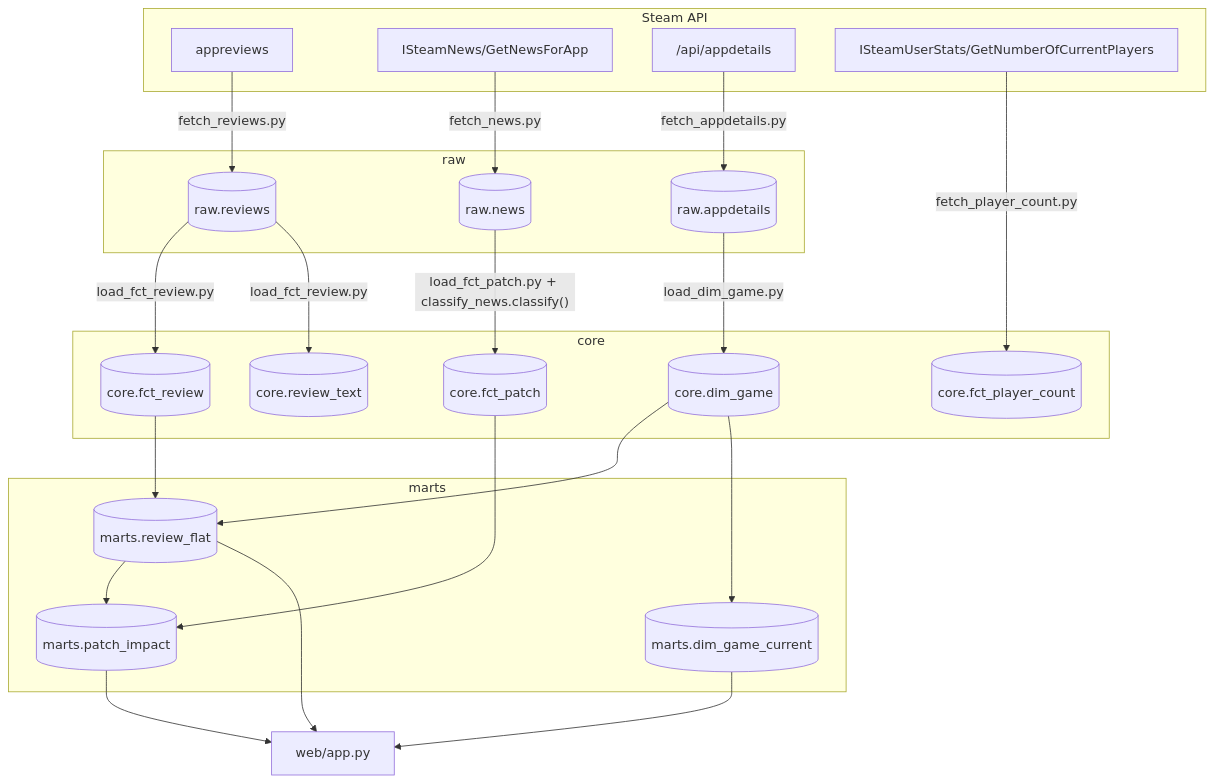
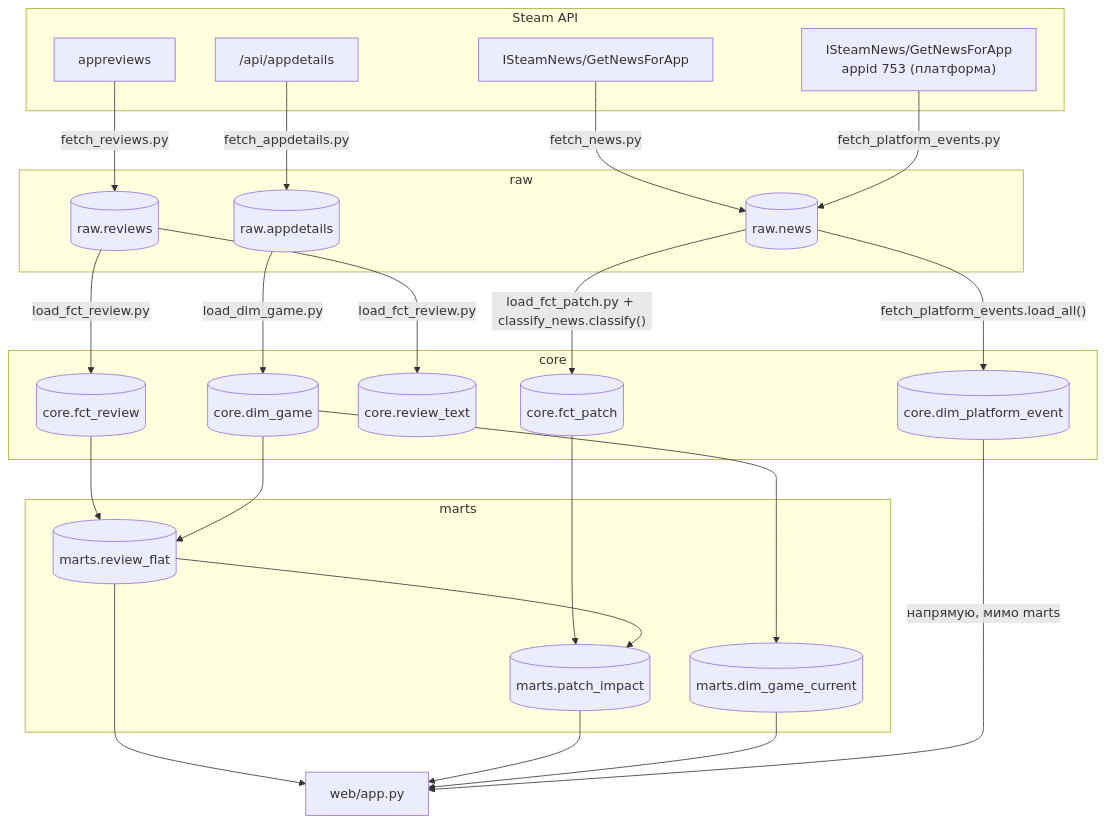
One commit to lebedev-ay/steam-health changed the diagram in docs/model.md. Above: the diagram before and after it, drawn with Mermaid. The commit also changed other lines of this file and 13 other files, not shown here.

Commit message:
feat: platform events, adaptive event density, breakpoint list; remove language anomaly detection

````diff
--- a/docs/model.md
+++ b/docs/model.md
@@ -12,51 +12,53 @@
 ```mermaid
 flowchart TD
     subgraph steam["Steam API"]
         API_REV["appreviews"]
         API_NEWS["ISteamNews/GetNewsForApp"]
         API_DET["/api/appdetails"]
-        API_CNT["ISteamUserStats/GetNumberOfCurrentPlayers"]
+        API_PLAT["ISteamNews/GetNewsForApp<br>appid 753 (платформа)"]
     end
 
     subgraph rawschema["raw"]
         RAW_REV[("raw.reviews")]
         RAW_NEWS[("raw.news")]
         RAW_DET[("raw.appdetails")]
     end
 
     subgraph coreschema["core"]
         C_GAME[("core.dim_game")]
         C_REVIEW[("core.fct_review")]
         C_TEXT[("core.review_text")]
         C_PATCH[("core.fct_patch")]
-        C_COUNT[("core.fct_player_count")]
+        C_PLATFORM[("core.dim_platform_event")]
     end
 
     subgraph martsschema["marts"]
         M_FLAT[("marts.review_flat")]
         M_IMPACT[("marts.patch_impact")]
         M_CUR[("marts.dim_game_current")]
     end
 
     WEB["web/app.py"]
 
     API_REV -->|"fetch_reviews.py"| RAW_REV
     API_NEWS -->|"fetch_news.py"| RAW_NEWS
     API_DET -->|"fetch_appdetails.py"| RAW_DET
-    API_CNT -->|"fetch_player_count.py"| C_COUNT
+    API_PLAT -->|"fetch_platform_events.py"| RAW_NEWS
 
     RAW_REV -->|"load_fct_review.py"| C_REVIEW
     RAW_REV -->|"load_fct_review.py"| C_TEXT
     RAW_DET -->|"load_dim_game.py"| C_GAME
     RAW_NEWS -->|"load_fct_patch.py + classify_news.classify()"| C_PATCH
+    RAW_NEWS -->|"fetch_platform_events.load_all()"| C_PLATFORM
 
     C_REVIEW --> M_FLAT
     C_GAME --> M_FLAT
     C_GAME --> M_CUR
     C_PATCH --> M_IMPACT
     M_FLAT --> M_IMPACT
 
     M_FLAT --> WEB
     M_IMPACT --> WEB
     M_CUR --> WEB
+    C_PLATFORM -->|"напрямую, мимо marts"| WEB
 ```
````
